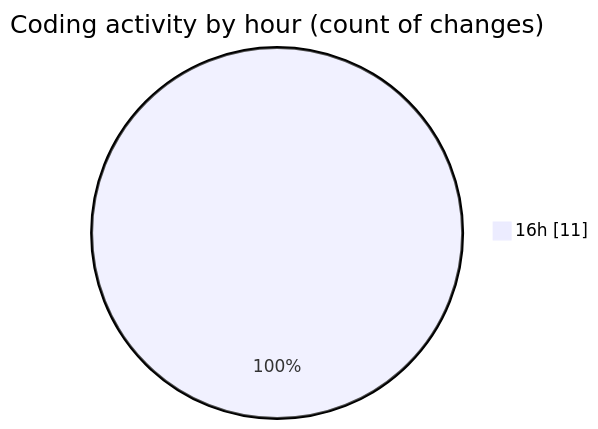
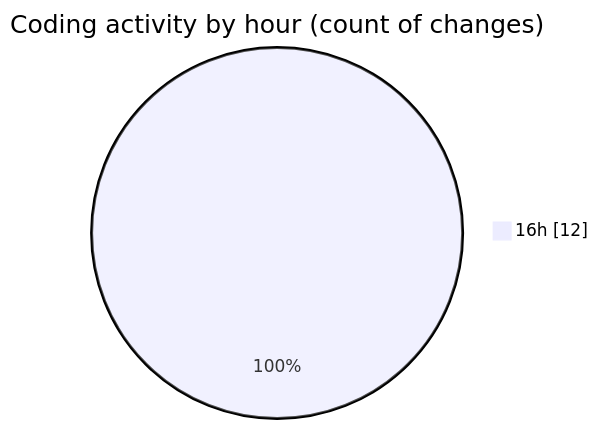
One commit to robertbonfada/code-tracking changed the second of 2 diagrams in 2025-05-20/mbc-web/README.md. Above: the diagram before and after it, drawn with Mermaid. The commit also changed other lines of this file and 1 other file, not shown here.

````diff
--- a/2025-05-20/mbc-web/README.md
+++ b/2025-05-20/mbc-web/README.md
@@ -33,5 +33,5 @@
 ```mermaid
 pie showData
 title Coding activity by hour (count of changes)
-"16h" : 11
+"16h" : 12
 ```
````
